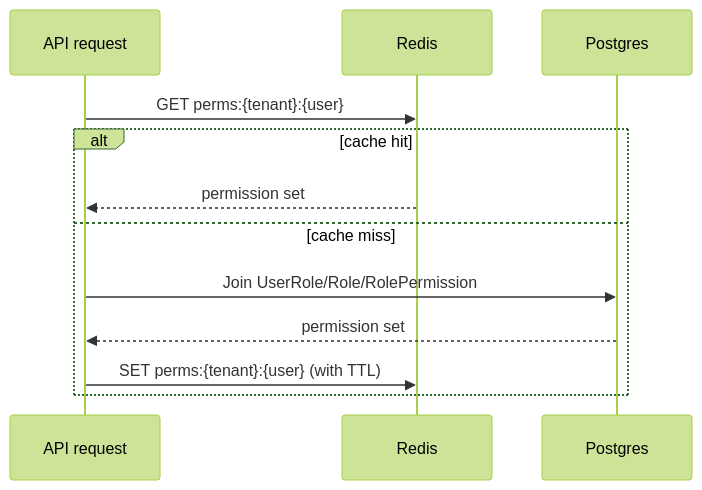
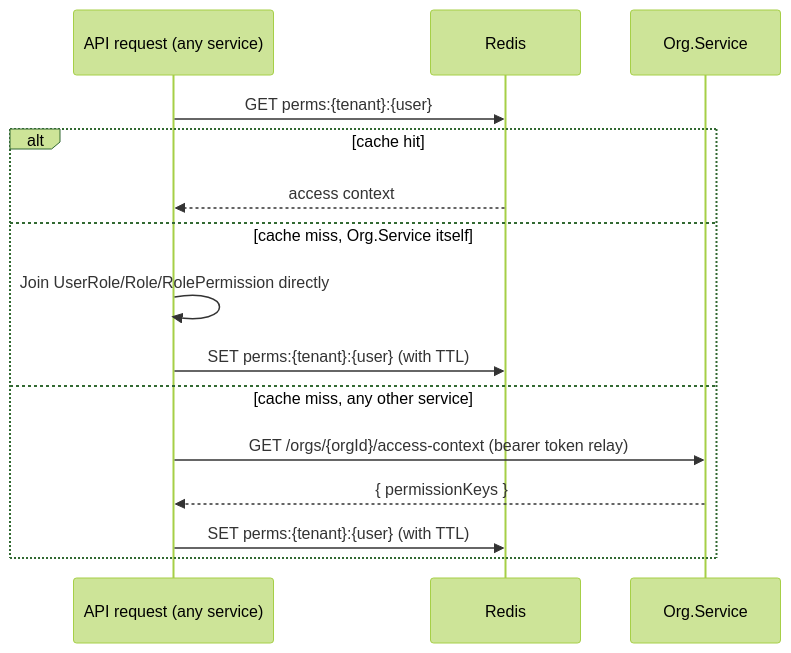
One commit to dzaba1/HomeSecurity changed the first of 2 diagrams in docs/architecture/07-caching-and-idempotency.md. Above: the diagram before and after it, drawn with Mermaid (forest theme). The commit also changed other lines of this file and 8 other files, not shown here.

````diff
--- a/docs/architecture/07-caching-and-idempotency.md
+++ b/docs/architecture/07-caching-and-idempotency.md
@@ -41,15 +59,18 @@
 ```mermaid
 sequenceDiagram
-  participant API as API request
+  participant API as API request (any service)
   participant R as Redis
-  participant DB as Postgres
+  participant Org as Org.Service
 
   API->>R: GET perms:{tenant}:{user}
   alt cache hit
-    R-->>API: permission set
-  else cache miss
-    API->>DB: Join UserRole/Role/RolePermission
-    DB-->>API: permission set
+    R-->>API: access context
+  else cache miss, Org.Service itself
+    API->>API: Join UserRole/Role/RolePermission directly
+    API->>R: SET perms:{tenant}:{user} (with TTL)
+  else cache miss, any other service
+    API->>Org: GET /orgs/{orgId}/access-context (bearer token relay)
+    Org-->>API: { permissionKeys }
     API->>R: SET perms:{tenant}:{user} (with TTL)
   end
 ```
````
